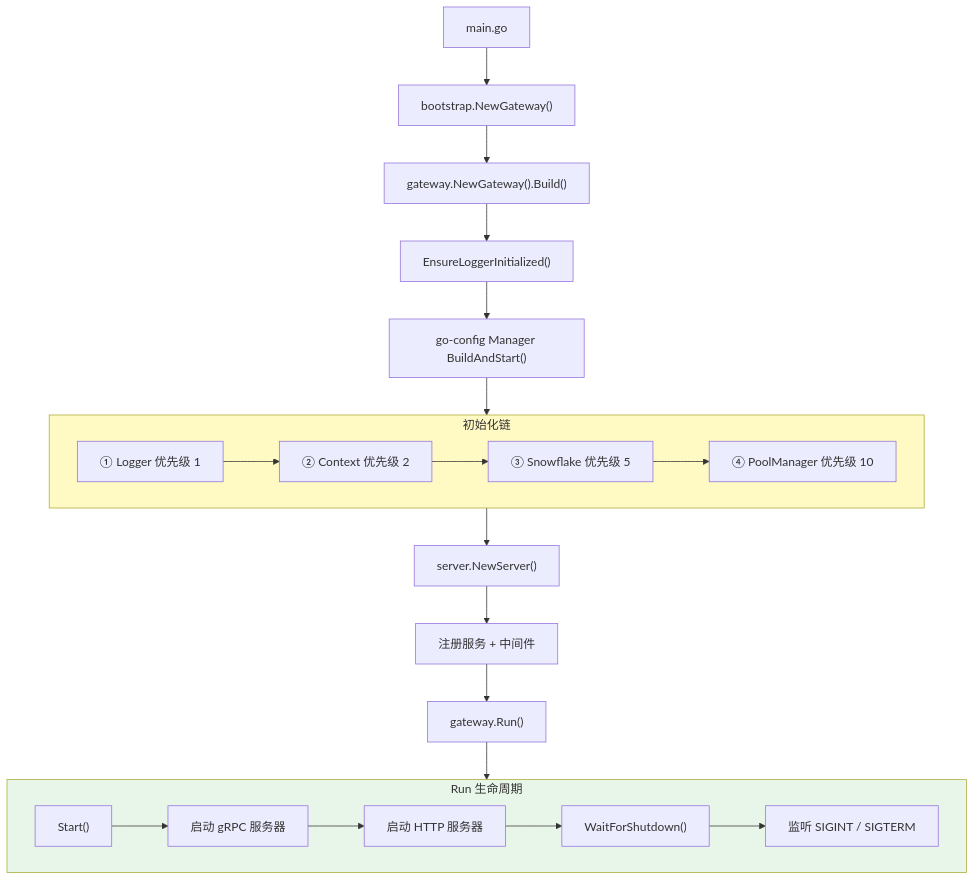
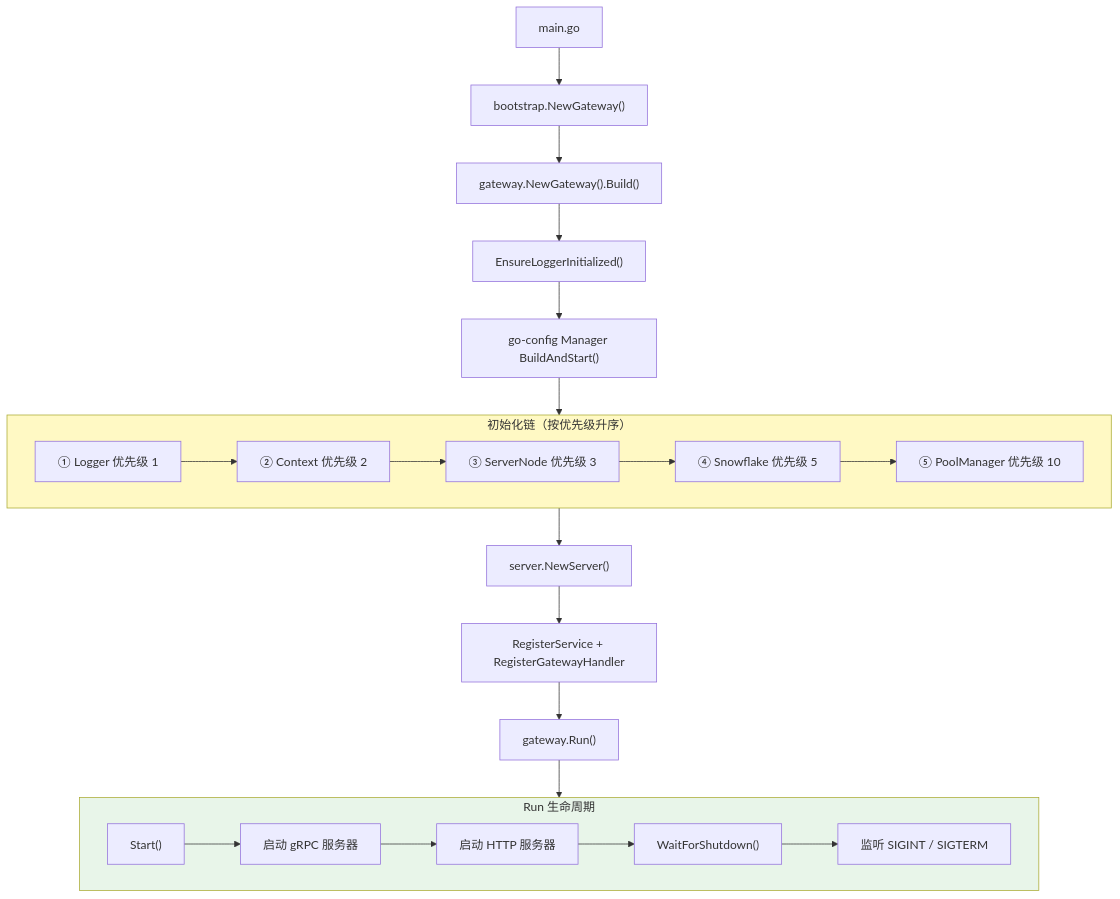
The diagram in docs/QUICKSTART.md (kamalyes/go-rpc-gateway), drawn with Mermaid before and after one commit. The commit also changed other lines of this file and 17 other files, not shown here.

````diff
--- a/docs/QUICKSTART.md
+++ b/docs/QUICKSTART.md
@@ -250,35 +698,37 @@
 ```mermaid
 flowchart TD
     MAIN["main.go"] --> BOOT["bootstrap.NewGateway()"]
     BOOT --> BUILD["gateway.NewGateway().Build()"]
 
     BUILD --> ENSURE["EnsureLoggerInitialized()"]
     ENSURE --> CONFIG["go-config Manager BuildAndStart()"]
     CONFIG --> INIT_CHAIN["InitializerChain InitializeAll()"]
 
-    subgraph INIT_CHAIN["初始化链"]
+    subgraph INIT_CHAIN["初始化链（按优先级升序）"]
         I1["① Logger 优先级 1"]
         I2["② Context 优先级 2"]
-        I3["③ Snowflake 优先级 5"]
-        I4["④ PoolManager 优先级 10"]
+        I3["③ ServerNode 优先级 3"]
+        I4["④ Snowflake 优先级 5"]
+        I5["⑤ PoolManager 优先级 10"]
         I1 --> I2
         I2 --> I3
         I3 --> I4
+        I4 --> I5
     end
 
     INIT_CHAIN --> NEW_SERVER["server.NewServer()"]
-    NEW_SERVER --> REG_SVC["注册服务 + 中间件"]
+    NEW_SERVER --> REG_SVC["RegisterService + RegisterGatewayHandler"]
     REG_SVC --> RUN["gateway.Run()"]
 
     subgraph RUN_LIFE["Run 生命周期"]
         START["Start()"] --> GRPC_START["启动 gRPC 服务器"]
         GRPC_START --> HTTP_START["启动 HTTP 服务器"]
         HTTP_START --> WAIT["WaitForShutdown()"]
         WAIT --> SIGNAL["监听 SIGINT / SIGTERM"]
     end
 
     RUN --> RUN_LIFE
 
     style INIT_CHAIN fill:#fff9c4
     style RUN_LIFE fill:#e8f5e9
 ```
````
